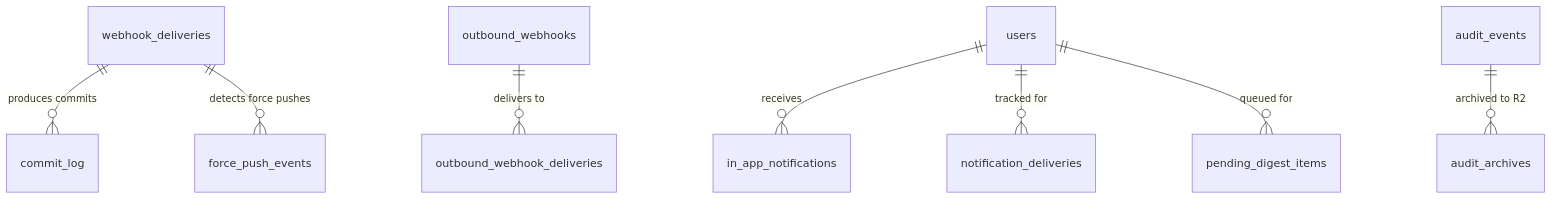
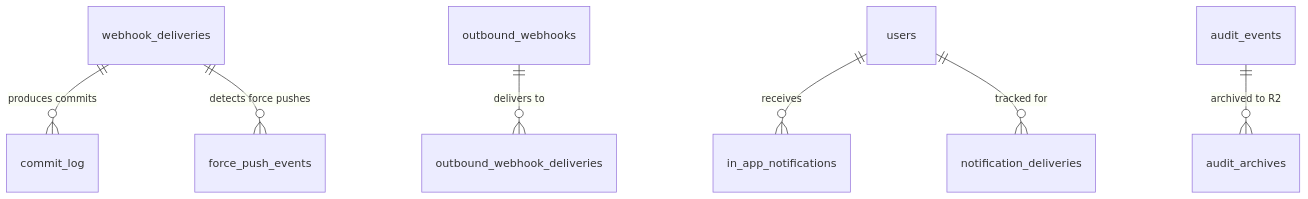
One commit to devangshupandey2025-stack/DevSage changed the second of 4 diagrams in docs/v3/planned/data-model.md. Above: the diagram before and after it, drawn with Mermaid. The commit also changed other lines of this file, not shown here.

````diff
--- a/docs/v3/planned/data-model.md
+++ b/docs/v3/planned/data-model.md
@@ -124,13 +123,13 @@
 ```mermaid
 erDiagram
     webhook_deliveries ||--o{ commit_log : "produces commits"
     webhook_deliveries ||--o{ force_push_events : "detects force pushes"
 
     outbound_webhooks ||--o{ outbound_webhook_deliveries : "delivers to"
 
     users ||--o{ in_app_notifications : "receives"
     users ||--o{ notification_deliveries : "tracked for"
-    users ||--o{ pending_digest_items : "queued for"
+
 
     audit_events ||--o{ audit_archives : "archived to R2"
 ```
````
